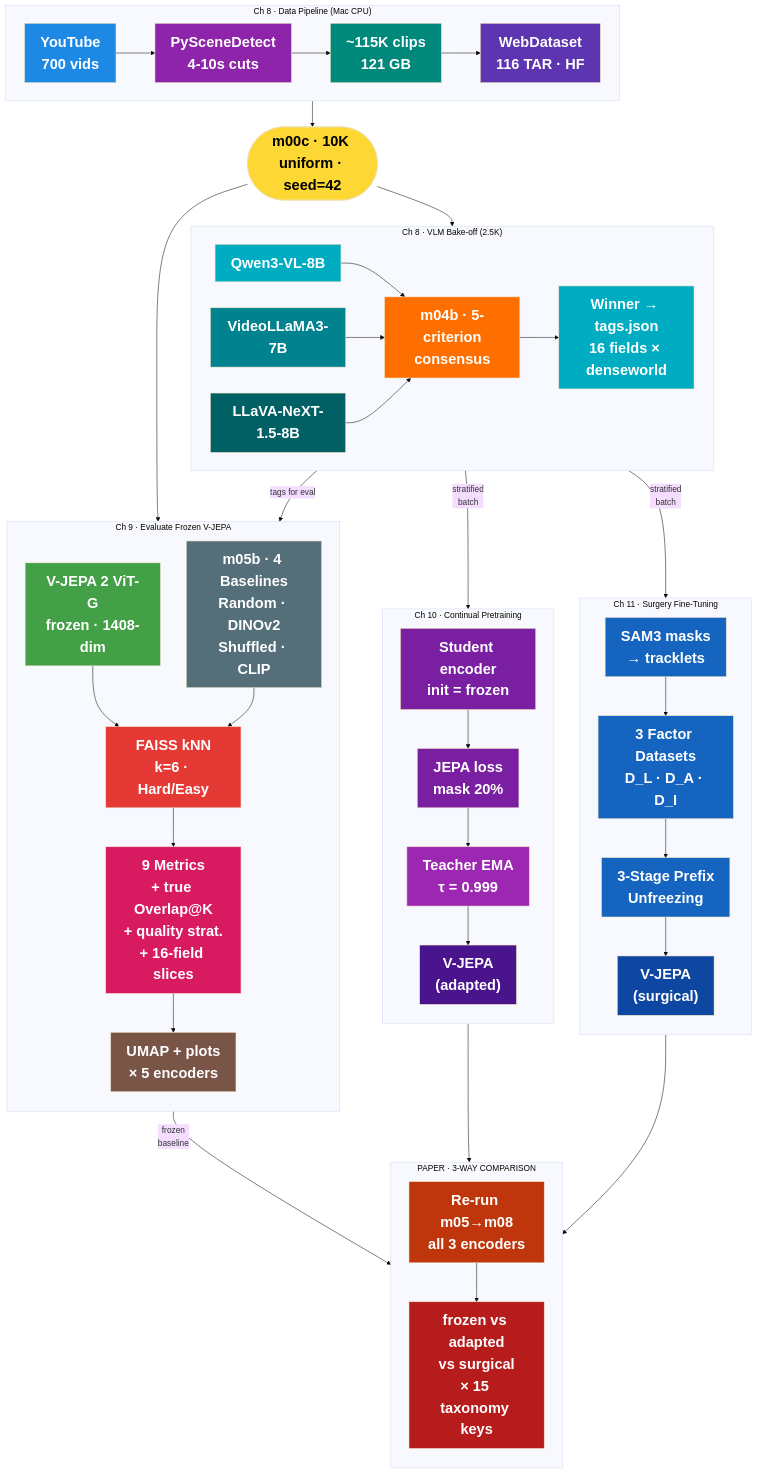
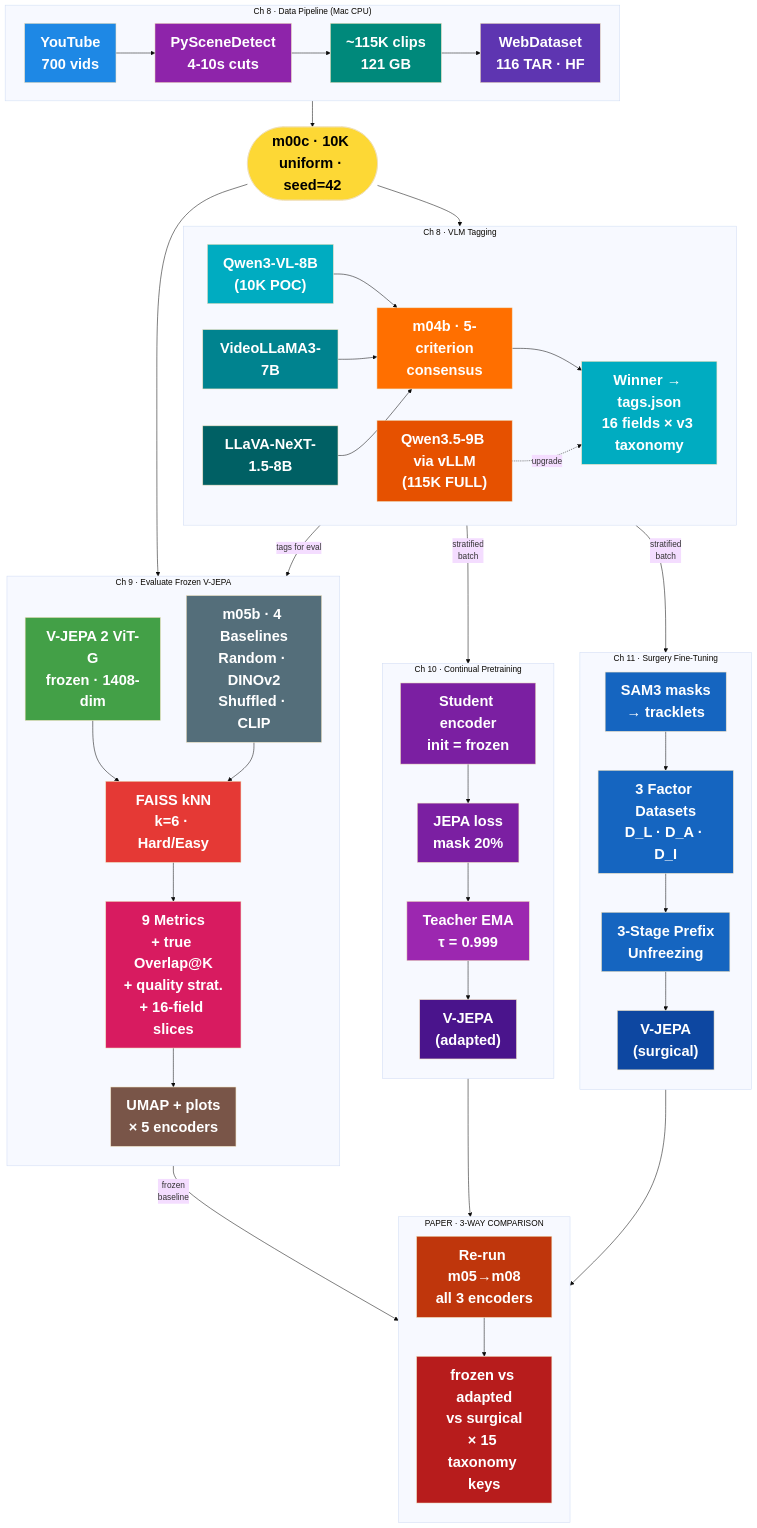
The first of 2 diagrams in iter/iter6/plan_HIGH_LEVEL.md (kapilw25/factorjepa), drawn with Mermaid (base theme) before and after one commit. The commit also changed other lines of this file and 15 other files, not shown here.

Commit message:
code development for Qwen tagging on newly updated taxonoly

````diff
--- a/iter/iter6/plan_HIGH_LEVEL.md
+++ b/iter/iter6/plan_HIGH_LEVEL.md
@@ -82,76 +82,78 @@
 ```mermaid
 flowchart TB
     subgraph DATA ["Ch 8 · Data Pipeline (Mac CPU)"]
         direction LR
         A["YouTube<br>700 vids"] --> B["PySceneDetect<br>4-10s cuts"] --> C["~115K clips<br>121 GB"] --> D["WebDataset<br>116 TAR · HF"]
     end
 
     SUB(["m00c · 10K uniform · seed=42"])
 
-    subgraph VLM ["Ch 8 · VLM Bake-off (2.5K)"]
+    subgraph VLM ["Ch 8 · VLM Tagging"]
         direction LR
-        I1["Qwen3-VL-8B"] --> S["m04b · 5-criterion<br>consensus"]
+        I1["Qwen3-VL-8B<br>(10K POC)"] --> S["m04b · 5-criterion<br>consensus"]
         I2["VideoLLaMA3-7B"] --> S
         I3["LLaVA-NeXT-1.5-8B"] --> S
-        S --> W["Winner → tags.json<br>16 fields × denseworld"]
+        S --> W["Winner → tags.json<br>16 fields × v3 taxonomy"]
+        I4["Qwen3.5-9B via vLLM<br>(115K FULL)"] -.->|"upgrade"| W
     end
 
     subgraph CH9 ["Ch 9 · Evaluate Frozen V-JEPA"]
         direction TB
         E["V-JEPA 2 ViT-G<br>frozen · 1408-dim"] --> F["FAISS kNN<br>k=6 · Hard/Easy"]
         BL["m05b · 4 Baselines<br>Random · DINOv2<br>Shuffled · CLIP"] --> F
         F --> G["9 Metrics<br>+ true Overlap@K<br>+ quality strat.<br>+ 16-field slices"]
         G --> H["UMAP + plots<br>× 5 encoders"]
     end
 
     subgraph CH10 ["Ch 10 · Continual Pretraining"]
         direction TB
         J1["Student encoder<br>init = frozen"] --> J2["JEPA loss<br>mask 20%"] --> J3["Teacher EMA<br>τ = 0.999"] --> J4["V-JEPA<br>(adapted)"]
     end
 
     subgraph CH11 ["Ch 11 · Surgery Fine-Tuning"]
         direction TB
         K1["SAM3 masks<br>→ tracklets"] --> K2["3 Factor Datasets<br>D_L · D_A · D_I"] --> K3["3-Stage Prefix<br>Unfreezing"] --> K4["V-JEPA<br>(surgical)"]
     end
 
     subgraph FINAL ["PAPER · 3-WAY COMPARISON"]
         direction TB
         L1["Re-run m05→m08<br>all 3 encoders"] --> L2["frozen vs adapted<br>vs surgical<br>× 15 taxonomy keys"]
     end
 
     DATA --> SUB
     SUB --> VLM
     SUB --> CH9
     W -->|"tags for eval"| CH9
     W -->|"stratified<br>batch"| CH10
     W -->|"stratified<br>batch"| CH11
     CH9 -->|"frozen<br>baseline"| FINAL
     CH10 --> FINAL
     CH11 --> FINAL
 
     style A fill:#1e88e5,color:#fff,font-weight:bold,font-size:28px
     style B fill:#8e24aa,color:#fff,font-weight:bold,font-size:28px
     style C fill:#00897b,color:#fff,font-weight:bold,font-size:28px
     style D fill:#5e35b1,color:#fff,font-weight:bold,font-size:28px
     style SUB fill:#fdd835,color:#000,font-weight:bold,font-size:28px
     style E fill:#43a047,color:#fff,font-weight:bold,font-size:28px
     style F fill:#e53935,color:#fff,font-weight:bold,font-size:28px
     style G fill:#d81b60,color:#fff,font-weight:bold,font-size:28px
     style H fill:#795548,color:#fff,font-weight:bold,font-size:28px
     style BL fill:#546e7a,color:#fff,font-weight:bold,font-size:28px
     style I1 fill:#00acc1,color:#fff,font-weight:bold,font-size:28px
     style I2 fill:#00838f,color:#fff,font-weight:bold,font-size:28px
     style I3 fill:#006064,color:#fff,font-weight:bold,font-size:28px
+    style I4 fill:#e65100,color:#fff,font-weight:bold,font-size:28px
     style S fill:#ff6f00,color:#fff,font-weight:bold,font-size:28px
     style W fill:#00acc1,color:#fff,font-weight:bold,font-size:28px
     style J1 fill:#7b1fa2,color:#fff,font-weight:bold,font-size:28px
     style J2 fill:#7b1fa2,color:#fff,font-weight:bold,font-size:28px
     style J3 fill:#9c27b0,color:#fff,font-weight:bold,font-size:28px
     style J4 fill:#4a148c,color:#fff,font-weight:bold,font-size:28px
     style K1 fill:#1565c0,color:#fff,font-weight:bold,font-size:28px
     style K2 fill:#1565c0,color:#fff,font-weight:bold,font-size:28px
     style K3 fill:#1565c0,color:#fff,font-weight:bold,font-size:28px
     style K4 fill:#0d47a1,color:#fff,font-weight:bold,font-size:28px
     style L1 fill:#bf360c,color:#fff,font-weight:bold,font-size:28px
     style L2 fill:#b71c1c,color:#fff,font-weight:bold,font-size:28px
 ```
````
